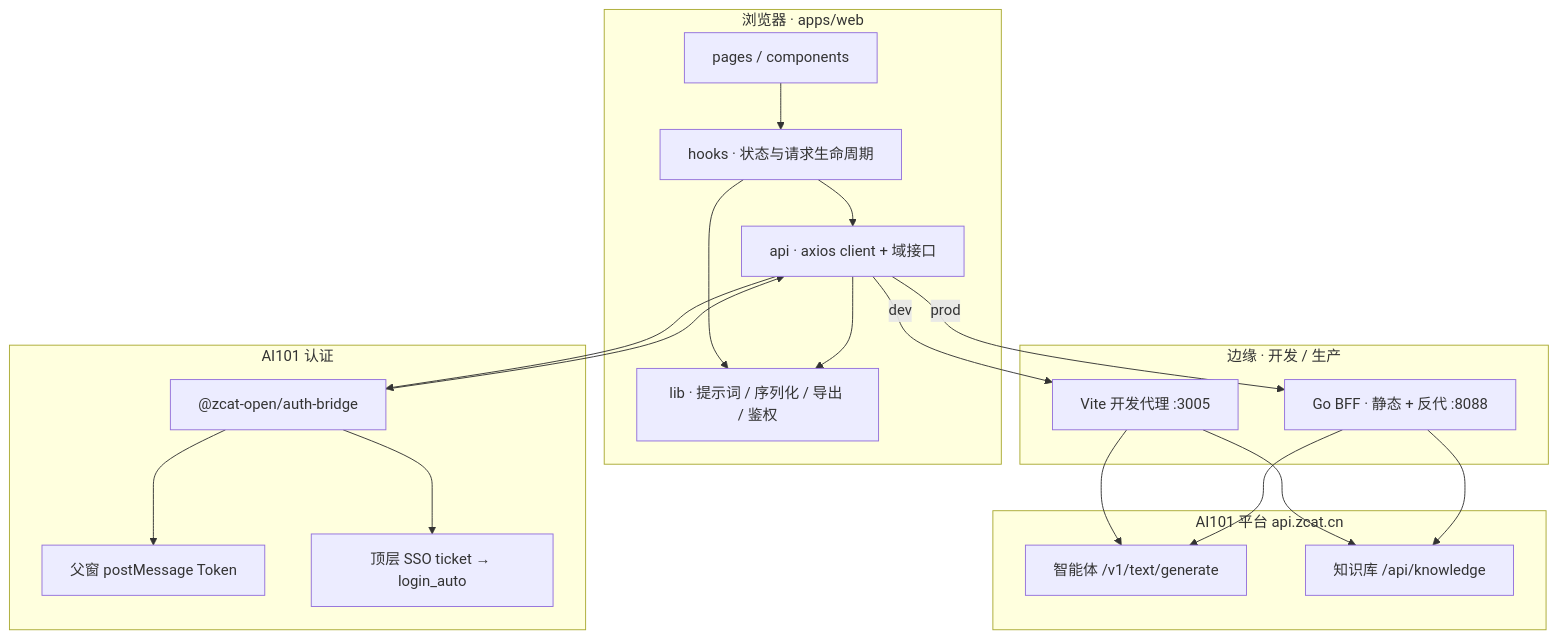
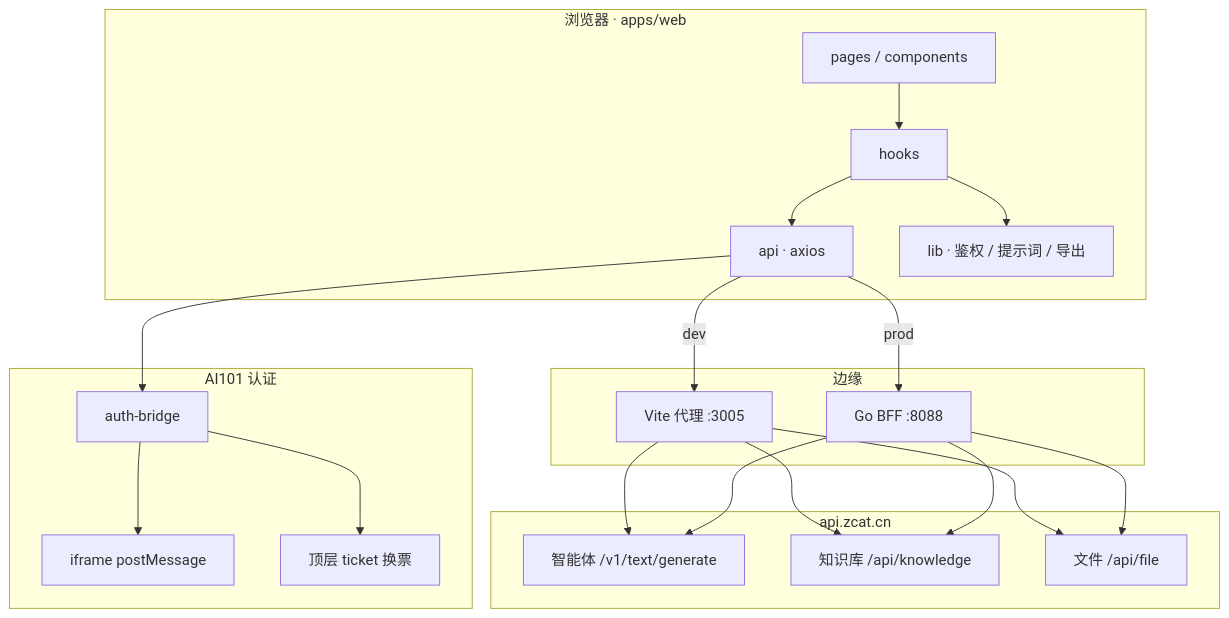
Before and after one commit to Woo-h-h/NestEdu: the diagram in README.md, drawn with Mermaid. The commit also changed other lines of this file and 46 other files, not shown here.

````diff
--- a/README.md
+++ b/README.md
@@ -36,39 +91,40 @@
 ```mermaid
 flowchart TB
   subgraph Client["浏览器 · apps/web"]
     UI["pages / components"]
-    Hooks["hooks · 状态与请求生命周期"]
-    API["api · axios client + 域接口"]
-    Lib["lib · 提示词 / 序列化 / 导出 / 鉴权"]
+    Hooks["hooks"]
+    API["api · axios"]
+    Lib["lib · 鉴权 / 提示词 / 导出"]
     UI --> Hooks --> API
     Hooks --> Lib
-    API --> Lib
   end
 
   subgraph Auth["AI101 认证"]
-    Bridge["@zcat-open/auth-bridge"]
-    Parent["父窗 postMessage Token"]
-    SSO["顶层 SSO ticket → login_auto"]
+    Bridge["auth-bridge"]
+    Parent["iframe postMessage"]
+    SSO["顶层 ticket 换票"]
     Bridge --> Parent
     Bridge --> SSO
   end
 
-  subgraph Platform["AI101 平台 api.zcat.cn"]
+  subgraph Platform["api.zcat.cn"]
     Agent["智能体 /v1/text/generate"]
     KB["知识库 /api/knowledge"]
+    File["文件 /api/file"]
   end
 
-  subgraph Edge["边缘 · 开发 / 生产"]
-    Vite["Vite 开发代理 :3005"]
-    Go["Go BFF · 静态 + 反代 :8088"]
+  subgraph Edge["边缘"]
+    Vite["Vite 代理 :3005"]
+    Go["Go BFF :8088"]
   end
 
   API --> Bridge
-  Bridge --> API
   API -->|dev| Vite
   API -->|prod| Go
   Vite --> Agent
   Vite --> KB
+  Vite --> File
   Go --> Agent
   Go --> KB
+  Go --> File
 ```
````
